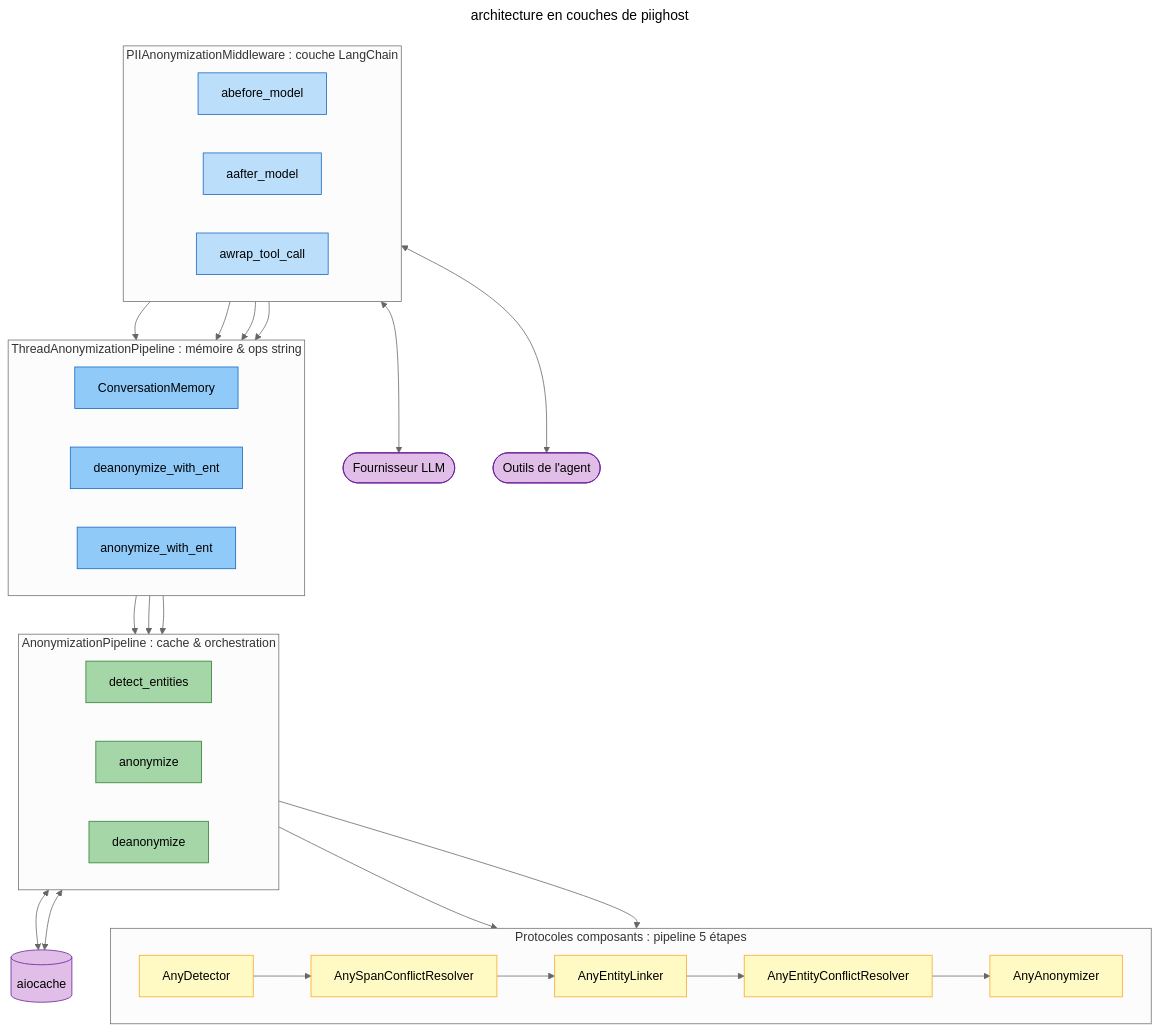
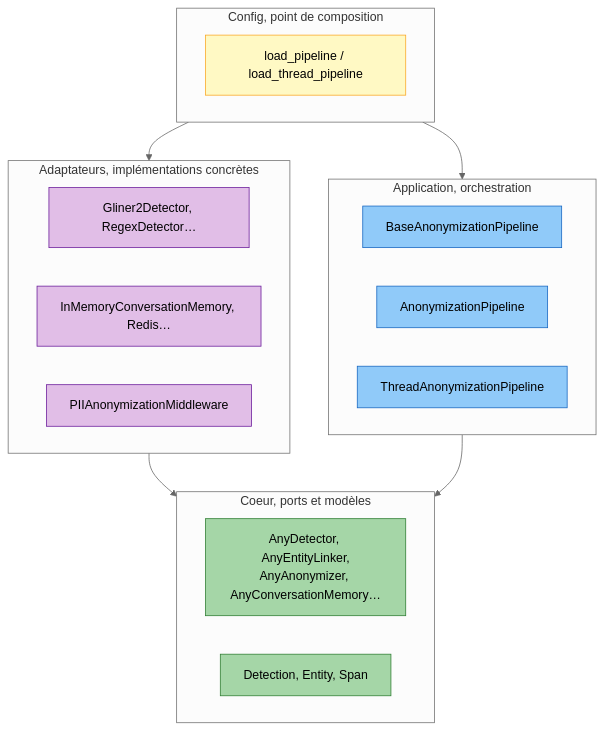
One commit to Athroniaeth/piighost changed the first of 4 diagrams in docs/fr/architecture.md. Above: the diagram before and after it, drawn with Mermaid (neutral theme). The commit also changed other lines of this file and 57 other files, not shown here.

````diff
--- a/docs/fr/architecture.md
+++ b/docs/fr/architecture.md
@@ -13,63 +28,37 @@
 ```mermaid
----
-title: "architecture en couches de piighost"
----
 flowchart TB
-    classDef hook fill:#BBDEFB,stroke:#1565C0,color:#000
-    classDef layer fill:#90CAF9,stroke:#1565C0,color:#000
     classDef core fill:#A5D6A7,stroke:#2E7D32,color:#000
-    classDef protocol fill:#FFF9C4,stroke:#F9A825,color:#000
-    classDef ext fill:#E1BEE7,stroke:#6A1B9A,color:#000
+    classDef app fill:#90CAF9,stroke:#1565C0,color:#000
+    classDef adapter fill:#E1BEE7,stroke:#6A1B9A,color:#000
+    classDef config fill:#FFF9C4,stroke:#F9A825,color:#000
 
-    subgraph MW ["PIIAnonymizationMiddleware : couche LangChain"]
+    subgraph CONFIG ["Config, point de composition"]
         direction LR
-        HBEF["abefore_model"]:::hook
-        HAFT["aafter_model"]:::hook
-        HTOOL["awrap_tool_call"]:::hook
+        CFG["load_pipeline / load_thread_pipeline"]:::config
     end
 
-    subgraph THREAD ["ThreadAnonymizationPipeline : mémoire & ops string"]
+    subgraph ADAPTERS ["Adaptateurs, implémentations concrètes"]
         direction LR
-        MEM["ConversationMemory"]:::layer
-        DEANO_ENT["deanonymize_with_ent"]:::layer
-        ANON_ENT["anonymize_with_ent"]:::layer
+        A_DET["Gliner2Detector, RegexDetector…"]:::adapter
+        A_MEM["InMemoryConversationMemory, Redis…"]:::adapter
+        A_MW["PIIAnonymizationMiddleware"]:::adapter
     end
 
-    subgraph PIPE ["AnonymizationPipeline : cache & orchestration"]
+    subgraph APP ["Application, orchestration"]
         direction LR
-        DETECT_API["detect_entities"]:::core
-        ANON_API["anonymize"]:::core
-        DEANON_API["deanonymize"]:::core
+        P_BASE["BaseAnonymizationPipeline"]:::app
+        P_ONE["AnonymizationPipeline"]:::app
+        P_THREAD["ThreadAnonymizationPipeline"]:::app
     end
 
-    subgraph PROTO ["Protocoles composants : pipeline 5 étapes"]
+    subgraph CORE ["Coeur, ports et modèles"]
         direction LR
-        P_DETECT["AnyDetector"]:::protocol
-        P_SPANS["AnySpanConflictResolver"]:::protocol
-        P_LINK["AnyEntityLinker"]:::protocol
-        P_ENT["AnyEntityConflictResolver"]:::protocol
-        P_ANON["AnyAnonymizer"]:::protocol
-        P_DETECT --> P_SPANS --> P_LINK --> P_ENT --> P_ANON
+        PORTS["AnyDetector, AnyEntityLinker,\nAnyAnonymizer, AnyConversationMemory…"]:::core
+        MODELS["Detection, Entity, Span"]:::core
     end
 
-    CACHE[("aiocache")]:::ext
-    LLM(["Fournisseur LLM"]):::ext
-    TOOLS(["Outils de l'agent"]):::ext
-
-    HBEF --> MEM
-    HAFT --> DEANO_ENT
-    HTOOL --> ANON_ENT
-    HTOOL --> DEANO_ENT
-
-    MEM --> ANON_API
-    DEANO_ENT --> DEANON_API
-    ANON_ENT --> ANON_API
-
-    ANON_API --> P_DETECT
-    DETECT_API --> P_DETECT
-    ANON_API <--> CACHE
-    DEANON_API <--> CACHE
-
-    MW <--> LLM
-    MW <--> TOOLS
+    CONFIG --> ADAPTERS
+    CONFIG --> APP
+    ADAPTERS --> CORE
+    APP --> CORE
 ```
````
